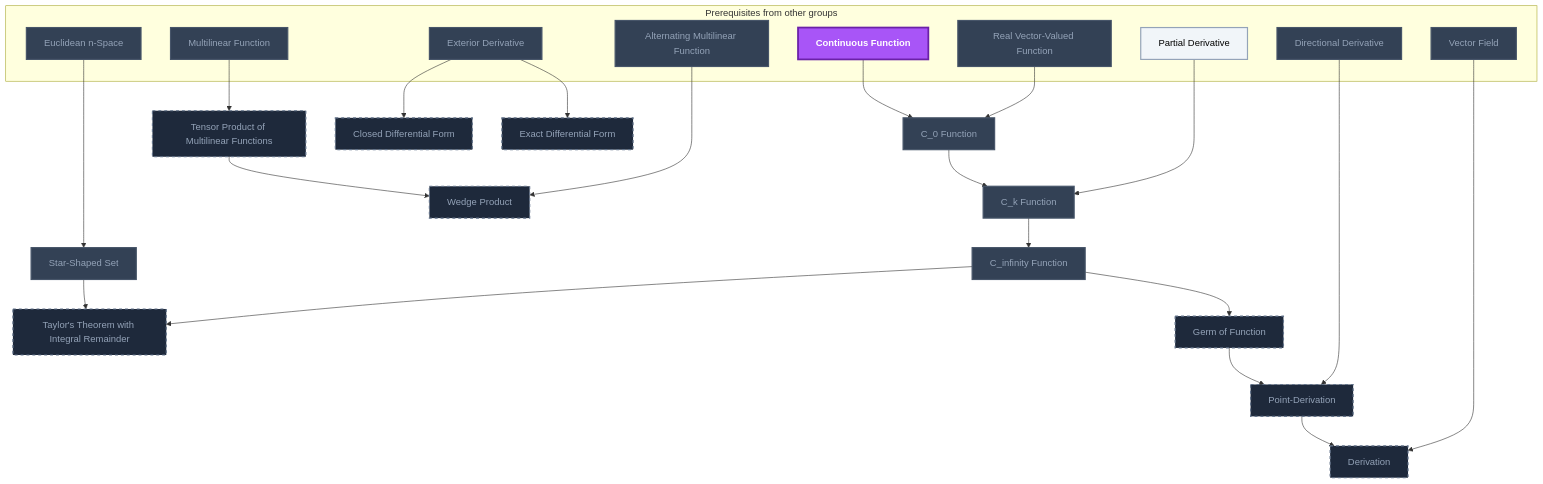
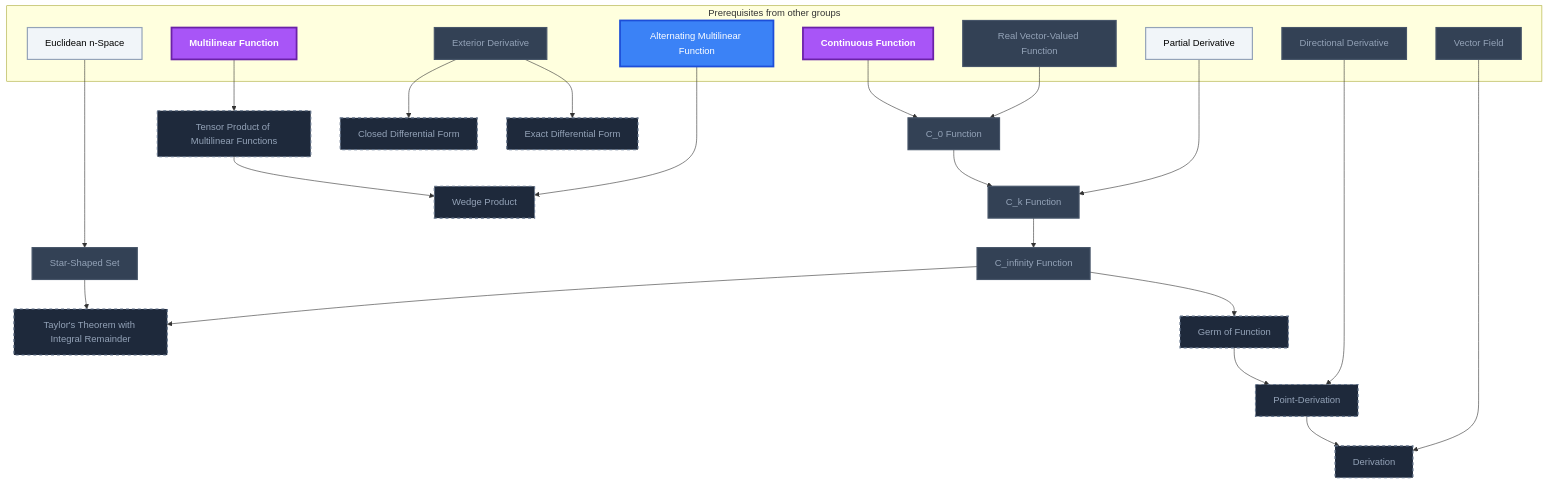
Diagram 12 of 21 in Gamification/Skill Trees/Differential Geometry.md (MRauf1/My-Notes), drawn with Mermaid before and after one commit. The commit also changed other lines of this file and 57 other files, not shown here.

````diff
--- a/Gamification/Skill Trees/Differential Geometry.md
+++ b/Gamification/Skill Trees/Differential Geometry.md
@@ -907,58 +909,59 @@
 ```mermaid
 flowchart TD
     classDef planned fill:#1E293B,stroke:#64748B,stroke-width:2px,stroke-dasharray:5 5,color:#94A3B8;
     classDef locked fill:#334155,stroke:#475569,stroke-width:2px,color:#94A3B8;
     classDef L0 fill:#F1F5F9,stroke:#94A3B8,stroke-width:2px,color:#000000;
     classDef L1 fill:#22C55E,stroke:#15803D,stroke-width:2px,color:#000000;
     classDef L2 fill:#3B82F6,stroke:#1D4ED8,stroke-width:3px,color:#FFFFFF;
     classDef L3 fill:#A855F7,stroke:#6B21A8,stroke-width:3px,color:#FFFFFF,font-weight:bold;
     classDef L4 fill:#F97316,stroke:#C2410C,stroke-width:4px,color:#000000,font-weight:bold;
     classDef L5 fill:#FFD700,stroke:#FF8C00,stroke-width:5px,color:#000000,font-weight:bold;
     classDef rusty stroke:#8B4513,stroke-width:4px,stroke-dasharray:3 3;
     subgraph sg_prereqs["Prerequisites from other groups"]
         n_continuous_function["Continuous Function"]
         n_real_vector_valued_function["Real Vector-Valued Function"]
         n_partial_derivative["Partial Derivative"]
         n_euclidean_n_space["Euclidean n-Space"]
         n_directional_derivative["Directional Derivative"]
         n_vector_field["Vector Field"]
         n_multilinear_function["Multilinear Function"]
         n_alternating_multilinear_function["Alternating Multilinear Function"]
         n_exterior_derivative["Exterior Derivative"]
     end
     n_c_0_function["C_0 Function"]
     n_c_k_function["C_k Function"]
     n_c_infinity_function["C_infinity Function"]
     n_star_shaped_set["Star-Shaped Set"]
     n_taylor_s_theorem_with_integral_remainder["Taylor's Theorem with Integral Remainder"]
     n_germ_of_function["Germ of Function"]
     n_point_derivation["Point-Derivation"]
     n_derivation["Derivation"]
     n_tensor_product_of_multilinear_functions["Tensor Product of Multilinear Functions"]
     n_wedge_product["Wedge Product"]
     n_closed_differential_form["Closed Differential Form"]
     n_exact_differential_form["Exact Differential Form"]
     n_continuous_function --> n_c_0_function
     n_real_vector_valued_function --> n_c_0_function
     n_c_0_function --> n_c_k_function
     n_partial_derivative --> n_c_k_function
     n_c_k_function --> n_c_infinity_function
     n_euclidean_n_space --> n_star_shaped_set
     n_star_shaped_set --> n_taylor_s_theorem_with_integral_remainder
     n_c_infinity_function --> n_taylor_s_theorem_with_integral_remainder
     n_c_infinity_function --> n_germ_of_function
     n_germ_of_function --> n_point_derivation
     n_directional_derivative --> n_point_derivation
     n_point_derivation --> n_derivation
     n_vector_field --> n_derivation
     n_multilinear_function --> n_tensor_product_of_multilinear_functions
     n_tensor_product_of_multilinear_functions --> n_wedge_product
     n_alternating_multilinear_function --> n_wedge_product
     n_exterior_derivative --> n_closed_differential_form
     n_exterior_derivative --> n_exact_differential_form
     class n_taylor_s_theorem_with_integral_remainder,n_germ_of_function,n_point_derivation,n_derivation,n_tensor_product_of_multilinear_functions,n_wedge_product,n_closed_differential_form,n_exact_differential_form planned;
-    class n_real_vector_valued_function,n_euclidean_n_space,n_directional_derivative,n_vector_field,n_multilinear_function,n_alternating_multilinear_function,n_exterior_derivative,n_c_0_function,n_c_k_function,n_c_infinity_function,n_star_shaped_set locked;
-    class n_partial_derivative L0;
-    class n_continuous_function L3;
+    class n_real_vector_valued_function,n_directional_derivative,n_vector_field,n_exterior_derivative,n_c_0_function,n_c_k_function,n_c_infinity_function,n_star_shaped_set locked;
+    class n_partial_derivative,n_euclidean_n_space L0;
+    class n_alternating_multilinear_function L2;
+    class n_continuous_function,n_multilinear_function L3;
     class n_continuous_function,n_real_vector_valued_function,n_partial_derivative,n_euclidean_n_space,n_directional_derivative,n_vector_field,n_multilinear_function,n_alternating_multilinear_function,n_exterior_derivative,n_c_0_function,n_c_k_function,n_c_infinity_function,n_star_shaped_set internal-link;
 ```
````
